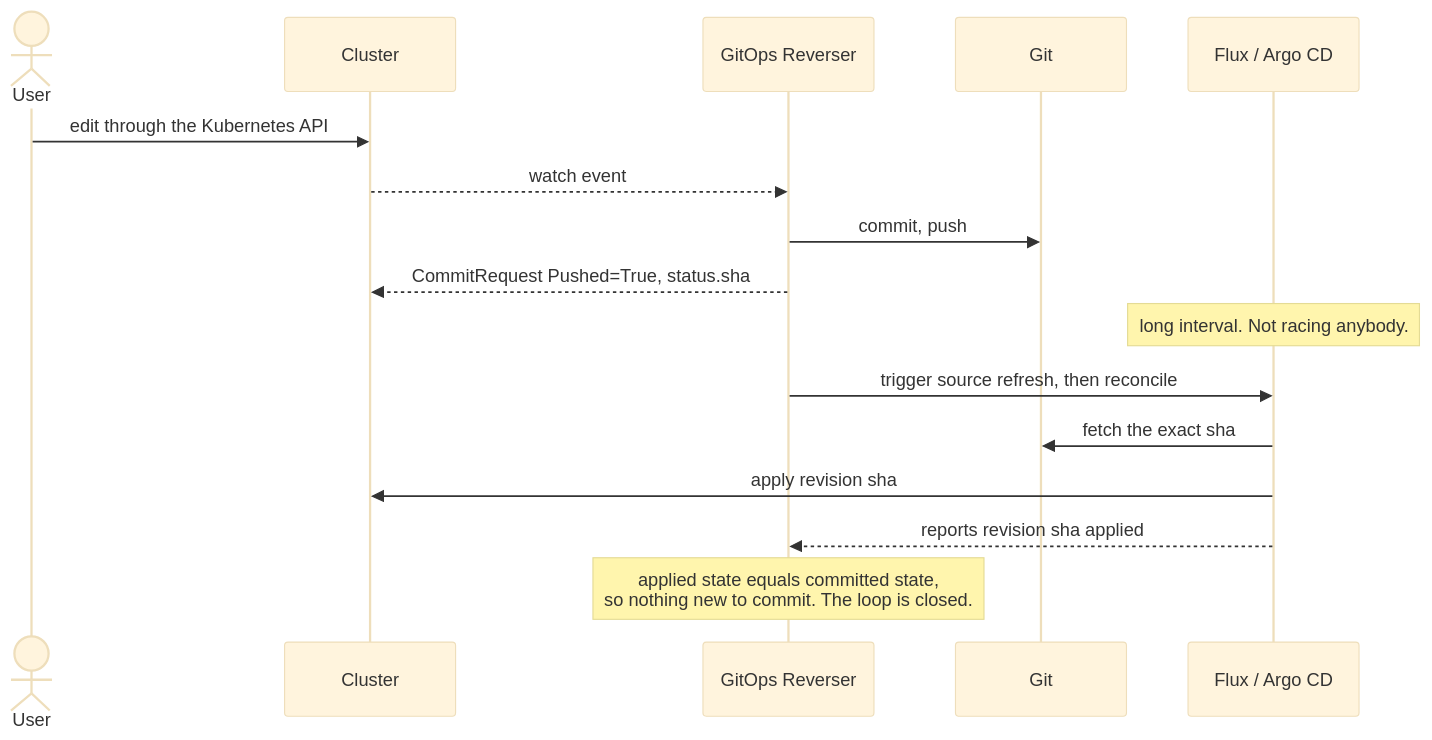
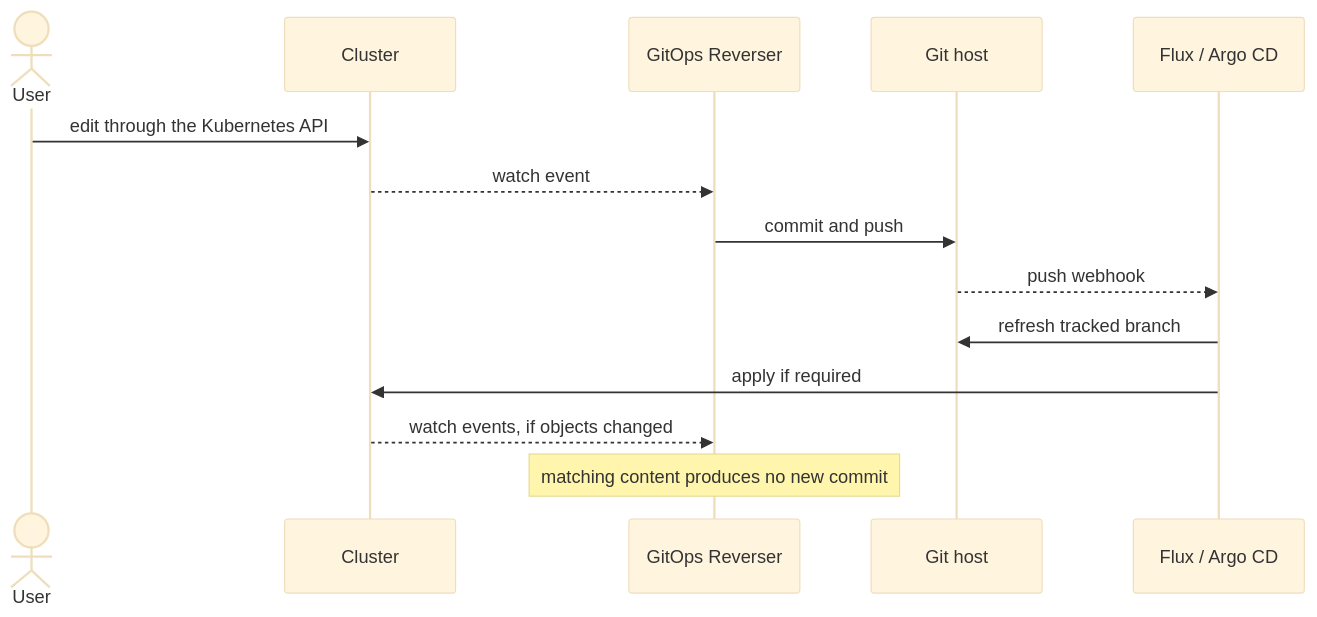
The second of 2 diagrams in docs/bi-directional.md (ConfigButler/gitops-reverser), drawn with Mermaid (base theme) before and after one commit. The commit also changed other lines of this file and 1 other file, not shown here.

````diff
--- a/docs/bi-directional.md
+++ b/docs/bi-directional.md
@@ -71,19 +67,17 @@
 ```mermaid
 sequenceDiagram
     actor User
     participant K8s as Cluster
     participant Rev as GitOps Reverser
-    participant Git
+    participant Git as Git host
     participant Recon as Flux / Argo CD
 
     User->>K8s: edit through the Kubernetes API
     K8s-->>Rev: watch event
-    Rev->>Git: commit, push
-    Rev-->>K8s: CommitRequest Pushed=True, status.sha
-    Note over Recon: long interval. Not racing anybody.
-    Rev->>Recon: trigger source refresh, then reconcile
-    Recon->>Git: fetch the exact sha
-    Recon->>K8s: apply revision sha
-    Recon-->>Rev: reports revision sha applied
-    Note over Rev: applied state equals committed state,<br/>so nothing new to commit. The loop is closed.
+    Rev->>Git: commit and push
+    Git-->>Recon: push webhook
+    Recon->>Git: refresh tracked branch
+    Recon->>K8s: apply if required
+    K8s-->>Rev: watch events, if objects changed
+    Note over Rev: matching content produces no new commit
 ```
````
